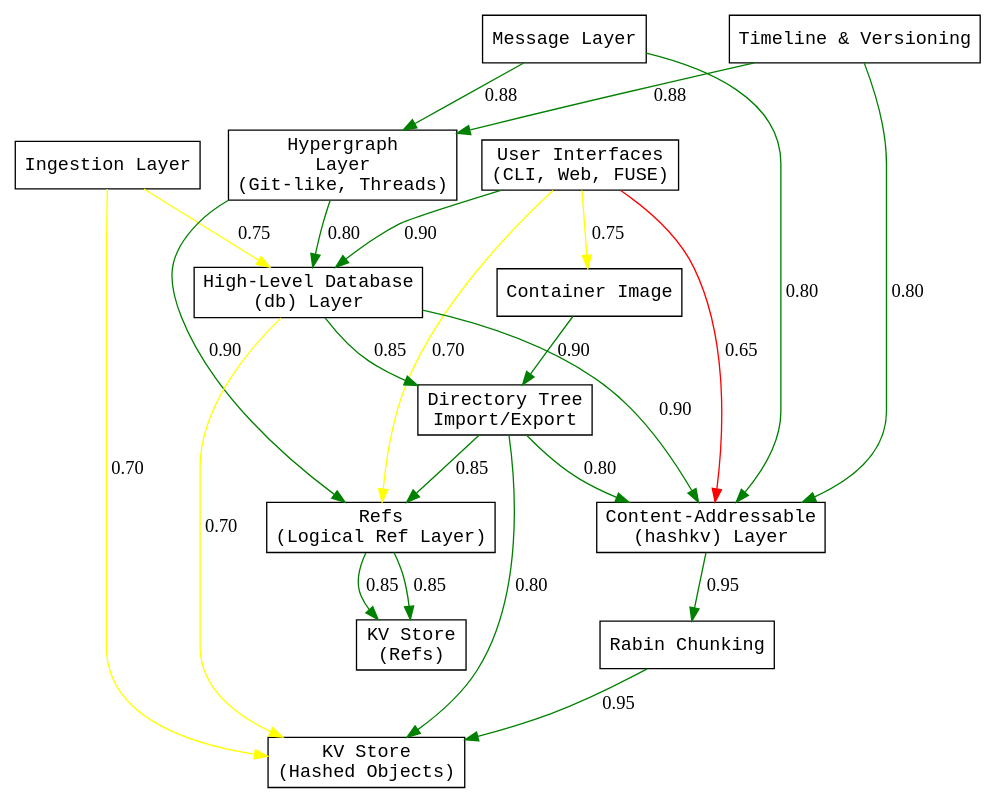
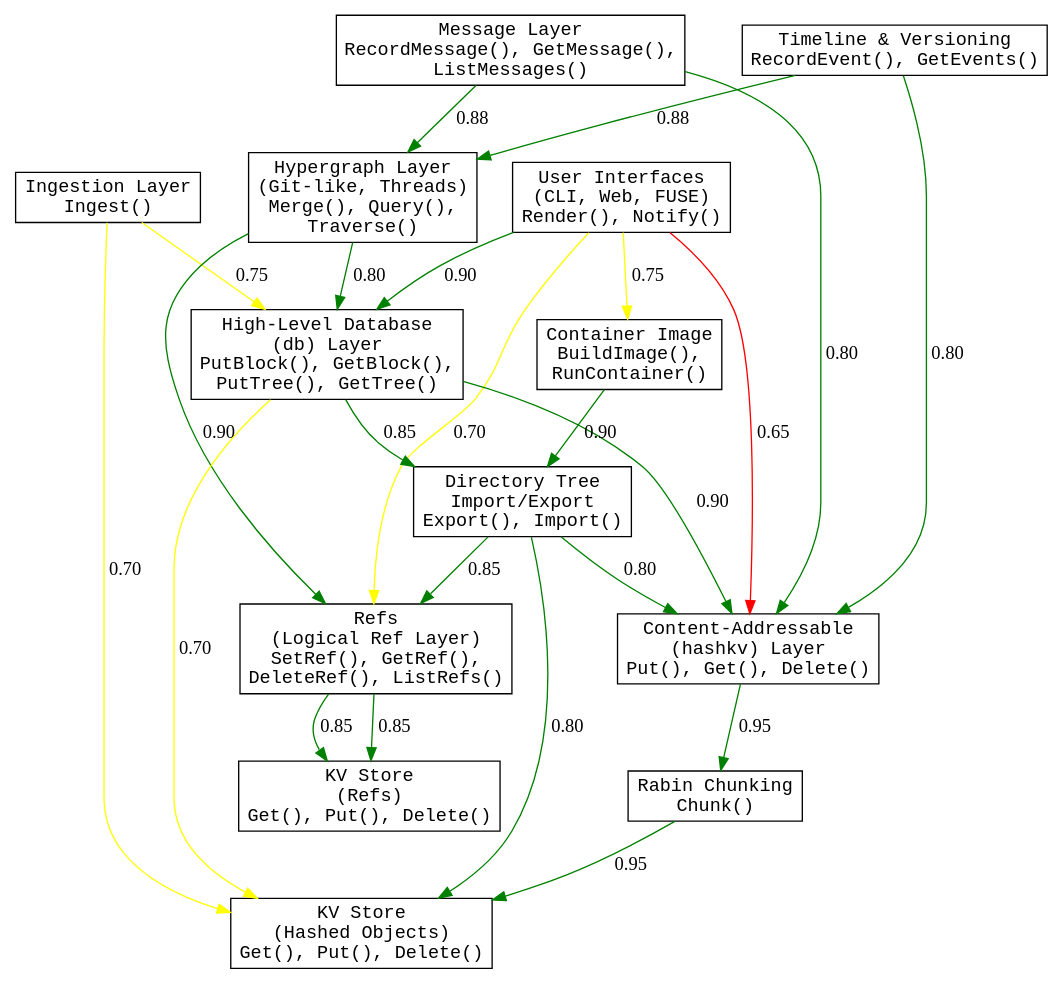
One commit to stevegt/promisebase changed the diagram in x/layers.dot. Above: the diagram before and after it, drawn with Graphviz. The commit also changed 3 other files, not shown here.

```diff
--- a/x/layers.dot
+++ b/x/layers.dot
@@ -1,58 +1,57 @@
 digraph Layers {
   rankdir=TB;
-  node [shape=box, style=filled, fillcolor=white,
-  fontname="monospace"];
+  node [shape=box, style=filled, fillcolor=white, fontname="monospace"];
 
-  UI [label="User Interfaces\n(CLI, Web, FUSE)"];
-  Message [label="Message Layer"];
-  Timeline [label="Timeline & Versioning"];
-  Ingest [label="Ingestion Layer"];
-  HGraph [label="Hypergraph\nLayer\n(Git-like, Threads)"];
-  DB [label="High-Level Database\n(db) Layer"];
-  Refs [label="Refs\n(Logical Ref Layer)"];
-  HashKV [label="Content-Addressable\n(hashkv) Layer"];
-  Rabin [label="Rabin Chunking"];
-  KV_Hashed [label="KV Store\n(Hashed Objects)"];
-  KV_Refs [label="KV Store\n(Refs)"];
-  DirTree [label="Directory Tree\nImport/Export"];
-  ContainerImage [label="Container Image"];
+  UI [label="User Interfaces\n(CLI, Web, FUSE)\nRender(), Notify()"];
+  Message [label="Message Layer\nRecordMessage(), GetMessage(),\nListMessages()"];
+  Timeline [label="Timeline & Versioning\nRecordEvent(), GetEvents()"];
+  Ingest [label="Ingestion Layer\nIngest()"];
+  HGraph [label="Hypergraph Layer\n(Git-like, Threads)\nMerge(), Query(),\nTraverse()"];
+  DB [label="High-Level Database\n(db) Layer\nPutBlock(), GetBlock(),\nPutTree(), GetTree()"];
+  Refs [label="Refs\n(Logical Ref Layer)\nSetRef(), GetRef(),\nDeleteRef(), ListRefs()"];
+  HashKV [label="Content-Addressable\n(hashkv) Layer\nPut(), Get(), Delete()"];
+  Rabin [label="Rabin Chunking\nChunk()"];
+  KV_Hashed [label="KV Store\n(Hashed Objects)\nGet(), Put(), Delete()"];
+  KV_Refs [label="KV Store\n(Refs)\nGet(), Put(), Delete()"];
+  DirTree [label="Directory Tree\nImport/Export\nExport(), Import()"];
+  ContainerImage [label="Container Image\nBuildImage(),\nRunContainer()"];
 
   // Primary flows from multiple roots.
   UI -> DB [label="0.90", color="green"];
   Message -> HGraph [label="0.88", color="green"];
   Timeline -> HGraph [label="0.88", color="green"];
   Ingest -> DB [label="0.75", color="yellow"];
   HGraph -> DB [label="0.80", color="green"];
 
   // Alternative connections from roots.
   UI -> HashKV [label="0.65", color="red"];
   Message -> HashKV [label="0.80", color="green"];
   Timeline -> HashKV [label="0.80", color="green"];
   Ingest -> KV_Hashed [label="0.70", color="yellow"];
   UI -> Refs [label="0.70", color="yellow"];
 
   // Ref integration via storage backend.
   HGraph -> Refs [label="0.90", color="green"];
   Refs -> KV_Refs [label="0.85", color="green"];
 
   // High-level DB flows.
   DB -> HashKV [label="0.90", color="green"];
   DB -> KV_Hashed [label="0.70", color="yellow"];
 
   // Rabin chunking is placed above hashkv.
   HashKV -> Rabin [label="0.95", color="green"];
   Rabin -> KV_Hashed [label="0.95", color="green"];
 
   // Directory tree module integrates with several layers.
   DB -> DirTree [label="0.85", color="green"];
   DirTree -> KV_Hashed [label="0.80", color="green"];
   DirTree -> HashKV [label="0.80", color="green"];
   DirTree -> Refs [label="0.85", color="green"];
 
   // Container image layer as an alternative UI leaf.
   UI -> ContainerImage [label="0.75", color="yellow"];
   ContainerImage -> DirTree [label="0.90", color="green"];
 
   // Alternative paths from Refs directly to KV.
   Refs -> KV_Refs [label="0.85", color="green"];
 }
```
